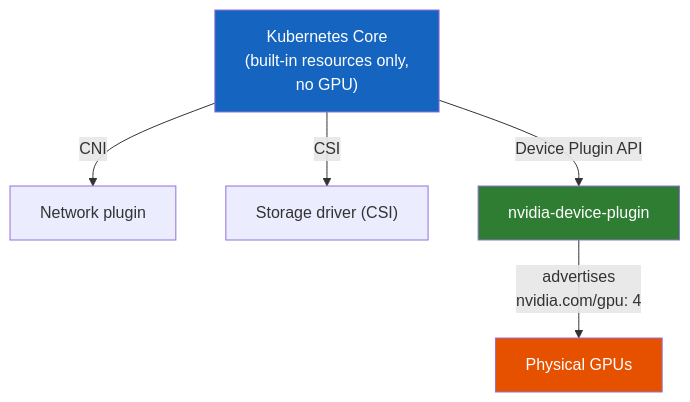
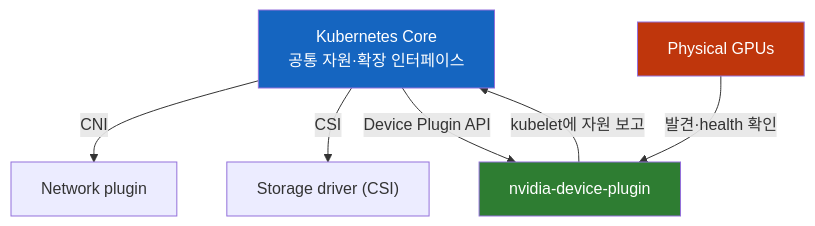
One commit to sskim91/TIL changed the first of 2 diagrams in kubernetes/Kubernetes-GPU-Device-Plugin.md. Above: the diagram before and after it, drawn with Mermaid. The commit also changed other lines of this file and 39 other files, not shown here.

````diff
--- a/kubernetes/Kubernetes-GPU-Device-Plugin.md
+++ b/kubernetes/Kubernetes-GPU-Device-Plugin.md
@@ -13,11 +15,12 @@
 ```mermaid
 graph TD
-    Core["Kubernetes Core<br>(built-in resources only,<br>no GPU)"]
+    Core["Kubernetes Core<br>공통 자원·확장 인터페이스"]
     Core -->|"CNI"| Net["Network plugin"]
     Core -->|"CSI"| Store["Storage driver (CSI)"]
     Core -->|"Device Plugin API"| DP["nvidia-device-plugin"]
-    DP -->|"advertises<br>nvidia.com/gpu: 4"| GPU["Physical GPUs"]
+    GPU["Physical GPUs"] -->|"발견·health 확인"| DP
+    DP -->|"kubelet에 자원 보고"| Core
     style Core fill:#1565C0,color:#fff
     style DP fill:#2E7D32,color:#fff
-    style GPU fill:#E65100,color:#fff
+    style GPU fill:#BF360C,color:#fff
 ```
````
